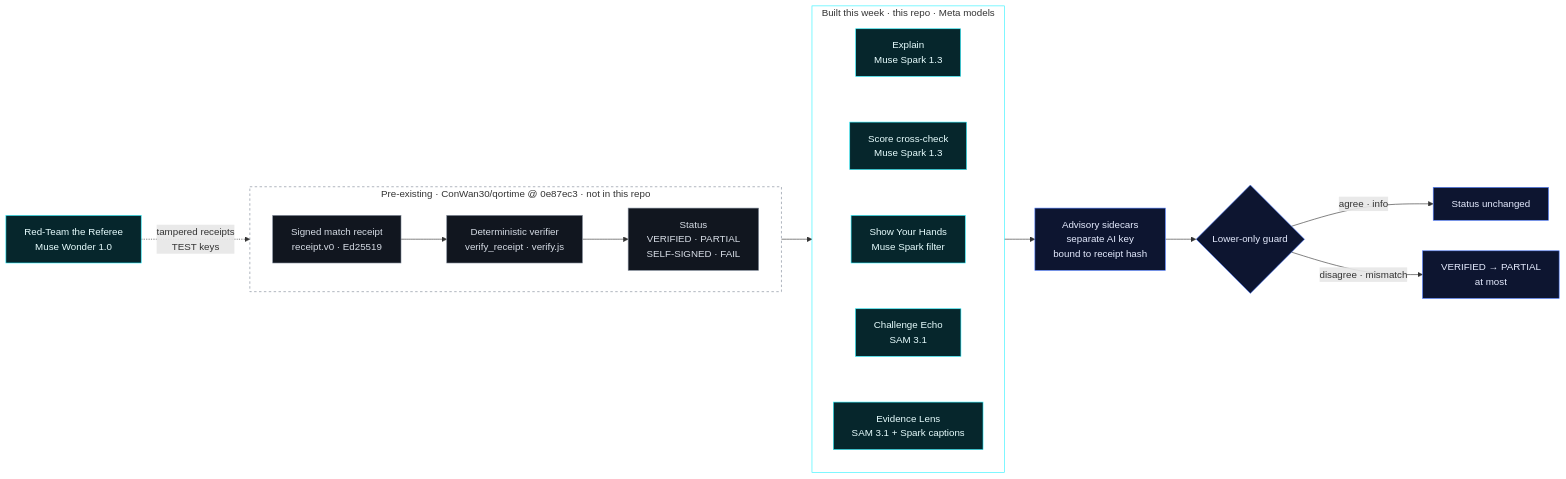
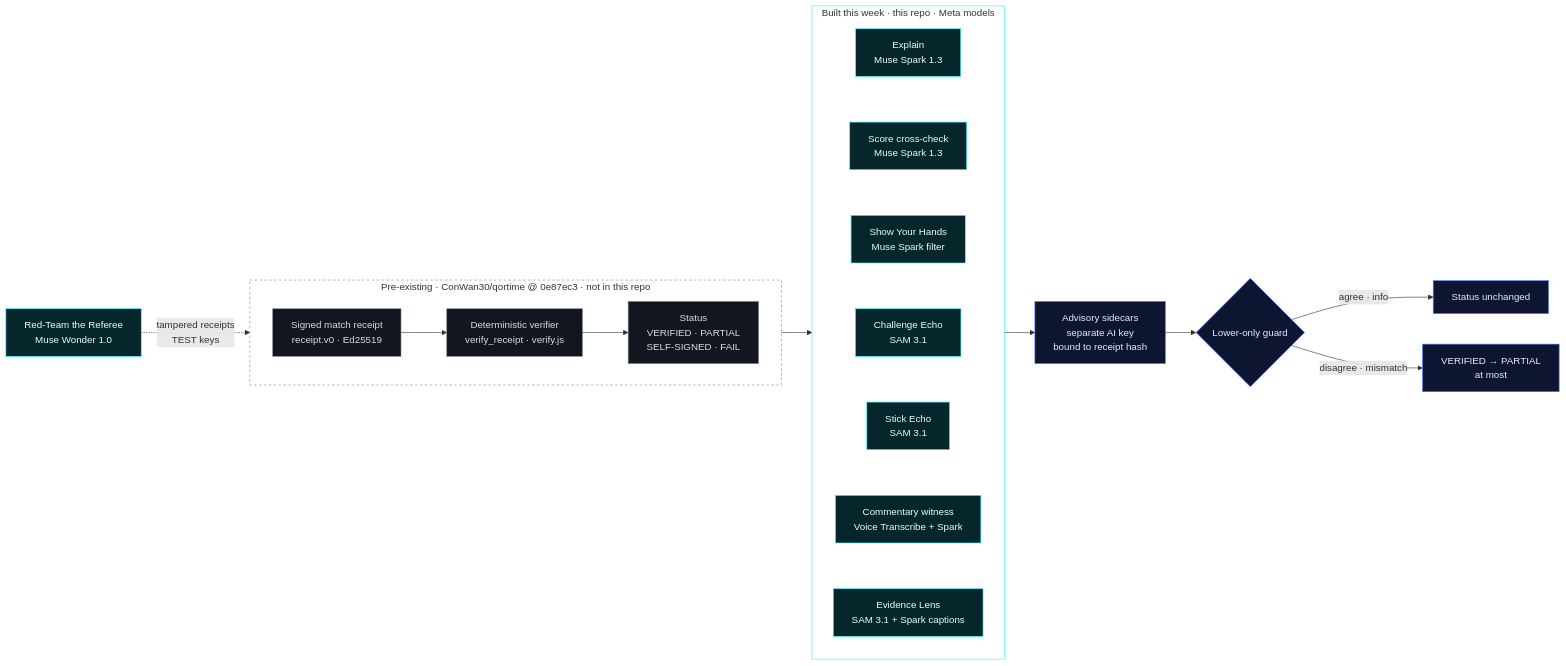
Before and after one commit to ConWan30/qortime-ai: the diagram in README.md, drawn with Mermaid. The commit also changed other lines of this file and 1 other file, not shown here.

Commit message:
README: Stick Echo three practice games, Meta table + diagram cover Stick Echo and commentary witness, caption-credit and pre-existing-fixture accuracy, wording (docs only; Oct 28 2026, in-window) (#19)

````diff
--- a/README.md
+++ b/README.md
@@ -172,31 +173,33 @@
 ```mermaid
 flowchart LR
   subgraph PRE["Pre-existing · ConWan30/qortime @ 0e87ec3 · not in this repo"]
     direction LR
     R["Signed match receipt<br/>receipt.v0 · Ed25519"] --> V["Deterministic verifier<br/>verify_receipt · verify.js"] --> S["Status<br/>VERIFIED · PARTIAL<br/>SELF-SIGNED · FAIL"]
   end
   subgraph WEEK["Built this week · this repo · Meta models"]
     direction TB
     E["Explain<br/>Muse Spark 1.3"]
     X["Score cross-check<br/>Muse Spark 1.3"]
     H["Show Your Hands<br/>Muse Spark filter"]
     C["Challenge Echo<br/>SAM 3.1"]
+    K["Stick Echo<br/>SAM 3.1"]
+    M["Commentary witness<br/>Voice Transcribe + Spark"]
     L["Evidence Lens<br/>SAM 3.1 + Spark captions"]
-    E ~~~ X ~~~ H ~~~ C ~~~ L
+    E ~~~ X ~~~ H ~~~ C ~~~ K ~~~ M ~~~ L
   end
   W["Red-Team the Referee<br/>Muse Wonder 1.0"] -. "tampered receipts<br/>TEST keys" .-> V
   S --> WEEK
   WEEK --> SC["Advisory sidecars<br/>separate AI key<br/>bound to receipt hash"]
   SC --> G{"Lower-only guard"}
   G -- "agree · info" --> SAME["Status unchanged"]
   G -- "disagree · mismatch" --> PAR["VERIFIED → PARTIAL<br/>at most"]
 
   classDef pre fill:#11161f,stroke:#7d8796,color:#d7dde6
   classDef week fill:#06262c,stroke:#2ef2ff,color:#e8feff
   classDef out fill:#0d1530,stroke:#4f7cff,color:#e6ecff
   class R,V,S pre
-  class E,X,H,C,L,W week
+  class E,X,H,C,K,M,L,W week
   class SC,G,SAME,PAR out
   style PRE fill:transparent,stroke:#7d8796,stroke-dasharray:4 4
   style WEEK fill:transparent,stroke:#2ef2ff
 ```
````
